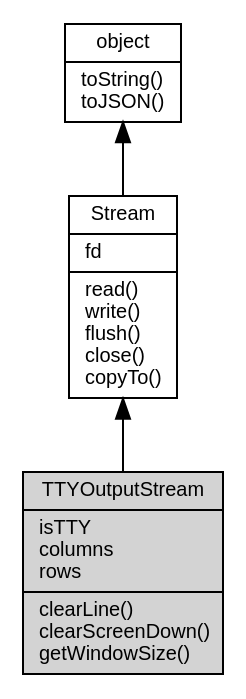
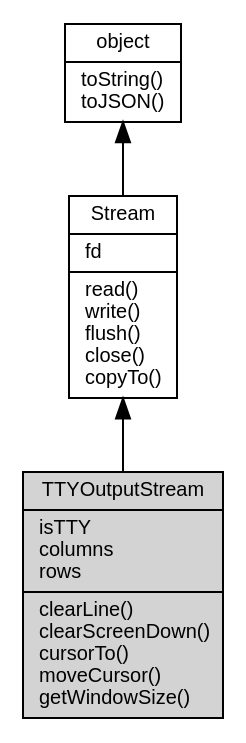
The diagram in docs/manual/object/ifs/TTYOutputStream.md (fibjs/fibjs.org), drawn with Graphviz before and after one commit. The commit also changed other lines of this file and 41 other files, not shown here.

````diff
--- a/docs/manual/object/ifs/TTYOutputStream.md
+++ b/docs/manual/object/ifs/TTYOutputStream.md
@@ -12,12 +12,12 @@
 ```dot
 digraph {
     node [fontname="Helvetica,sans-Serif", fontsize=10, shape="record", style="filled", fillcolor="white"];
 
     object [tooltip="object", URL="object.md", label="{object|toString()\ltoJSON()\l}"];
     Stream [tooltip="Stream", URL="Stream.md", label="{Stream|fd\l|read()\lwrite()\lflush()\lclose()\lcopyTo()\l}"];
-    TTYOutputStream [tooltip="TTYOutputStream", fillcolor="lightgray", id="me", label="{TTYOutputStream|isTTY\lcolumns\lrows\l|clearLine()\lclearScreenDown()\lgetWindowSize()\l}"];
+    TTYOutputStream [tooltip="TTYOutputStream", fillcolor="lightgray", id="me", label="{TTYOutputStream|isTTY\lcolumns\lrows\l|clearLine()\lclearScreenDown()\lcursorTo()\lmoveCursor()\lgetWindowSize()\l}"];
 
     object -> Stream [dir=back];
     Stream -> TTYOutputStream [dir=back];
 }
 ```
````
